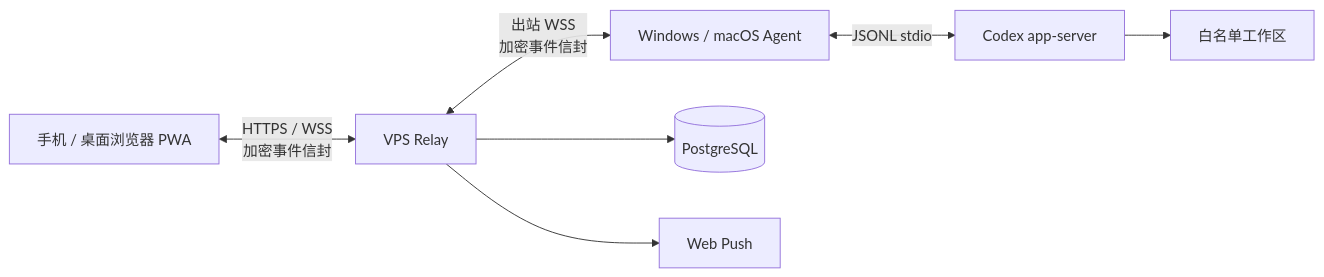
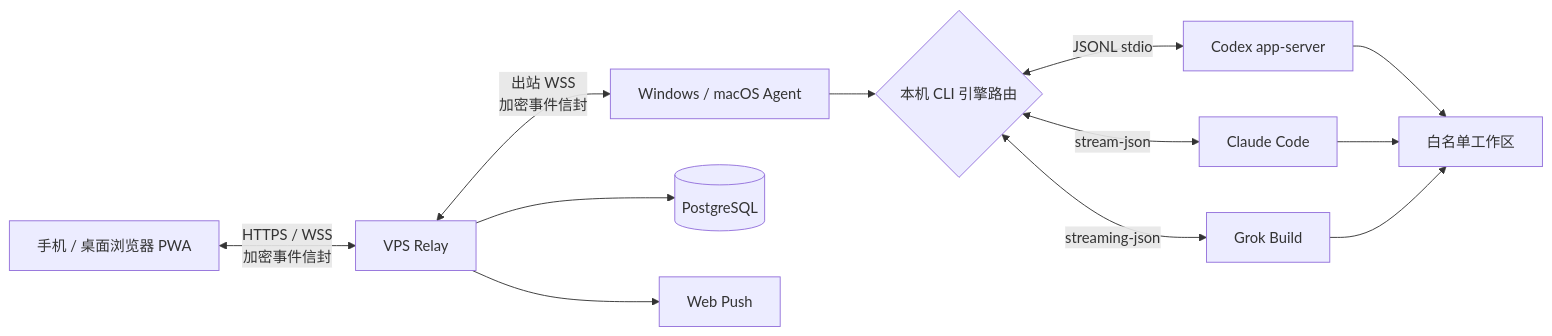
Before and after one commit to demonrain/anytimevibe: the diagram in README.md, drawn with Mermaid. The commit also changed other lines of this file and 16 other files, not shown here.

````diff
--- a/README.md
+++ b/README.md
@@ -54,9 +65,14 @@
 ```mermaid
 flowchart LR
     PWA[手机 / 桌面浏览器 PWA] <-->|HTTPS / WSS<br/>加密事件信封| Relay[VPS Relay]
     Relay <-->|出站 WSS<br/>加密事件信封| Agent[Windows / macOS Agent]
-    Agent <-->|JSONL stdio| Codex[Codex app-server]
+    Agent --> Router{本机 CLI 引擎路由}
+    Router <-->|JSONL stdio| Codex[Codex app-server]
+    Router <-->|stream-json| Claude[Claude Code]
+    Router <-->|streaming-json| Grok[Grok Build]
     Codex --> Workspace[白名单工作区]
+    Claude --> Workspace
+    Grok --> Workspace
     Relay --> DB[(PostgreSQL)]
     Relay --> Push[Web Push]
 ```
````
